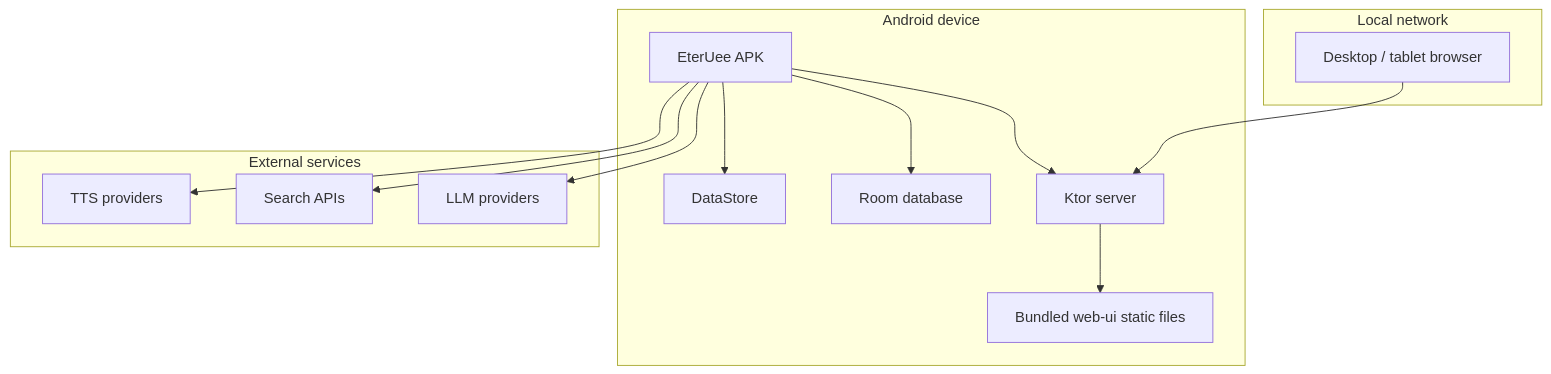
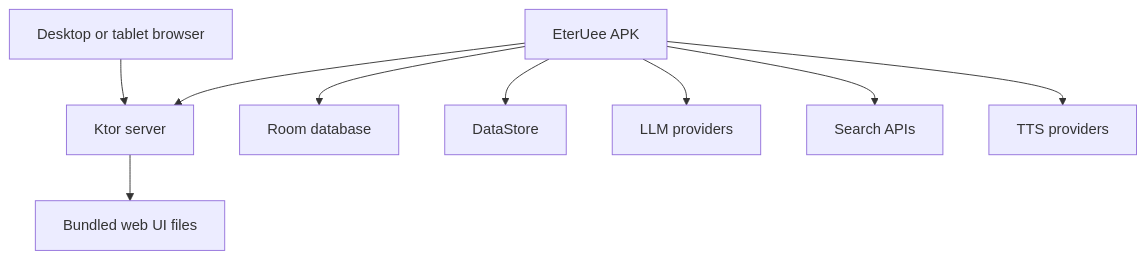
The sixth of 7 diagrams in README.md (EterUltimate/EterUee), drawn with Mermaid before and after one commit. The commit also changed other lines of this file and 2 other files, not shown here.

Commit message:
docs: make README diagrams GitHub-safe

````diff
--- a/README.md
+++ b/README.md
@@ -202,29 +186,21 @@
 ```mermaid
-flowchart TB
-    subgraph AndroidDevice["Android device"]
-        App["EterUee APK"]
-        Ktor["Ktor server"]
-        Static["Bundled web-ui static files"]
-        Room["Room database"]
-        DataStore["DataStore"]
-    end
-
-    subgraph LocalNetwork["Local network"]
-        Browser["Desktop / tablet browser"]
-    end
-
-    subgraph External["External services"]
-        LLM["LLM providers"]
-        SearchAPI["Search APIs"]
-        TTSAPI["TTS providers"]
-    end
+graph TD
+    Browser[Desktop or tablet browser]
+    App[EterUee APK]
+    Ktor[Ktor server]
+    Static[Bundled web UI files]
+    Room[Room database]
+    DataStore[DataStore]
+    LLM[LLM providers]
+    SearchAPI[Search APIs]
+    TTSAPI[TTS providers]
 
     Browser --> Ktor
     App --> Ktor
     Ktor --> Static
     App --> Room
     App --> DataStore
     App --> LLM
     App --> SearchAPI
     App --> TTSAPI
 ```
````
